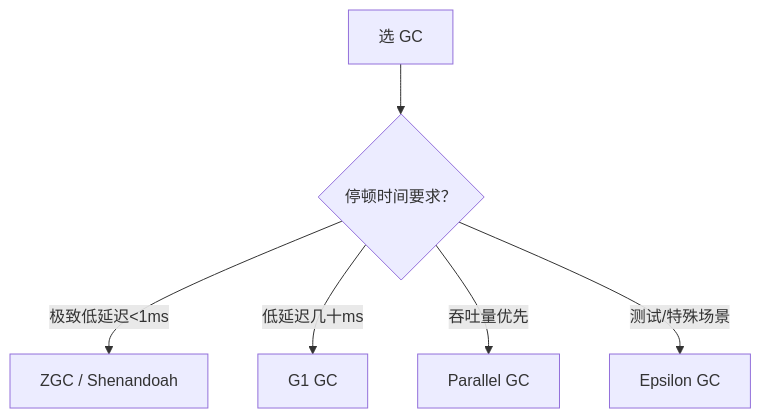
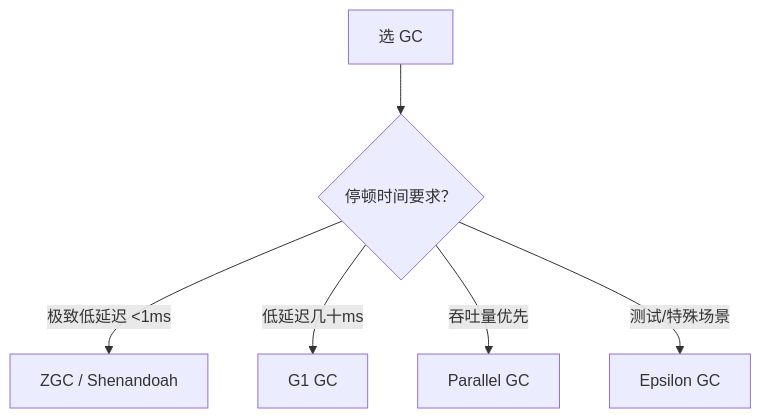
One commit to zz12121/KnowledgeDevelope changed the second of 2 diagrams in 10_DevelopLanguage/001_Java/04_JavaJVMSubject/05、新一代垃圾收集器.md. Above: the diagram before and after it, drawn with Mermaid. The commit also changed 12 other files, not shown here.

Commit message:
fix: 修复全库 Mermaid 图表语法错误

````diff
--- a/10_DevelopLanguage/001_Java/04_JavaJVMSubject/05、新一代垃圾收集器.md
+++ b/10_DevelopLanguage/001_Java/04_JavaJVMSubject/05、新一代垃圾收集器.md
@@ -79,8 +79,8 @@
 ```mermaid
 flowchart TD
     A[选 GC] --> B{停顿时间要求？}
-    B --> |极致低延迟<1ms| C[ZGC / Shenandoah]
+    B --> |"极致低延迟 <1ms"| C[ZGC / Shenandoah]
     B --> |低延迟几十ms| D[G1 GC]
     B --> |吞吐量优先| E[Parallel GC]
     B --> |测试/特殊场景| F[Epsilon GC]
 ```
````
